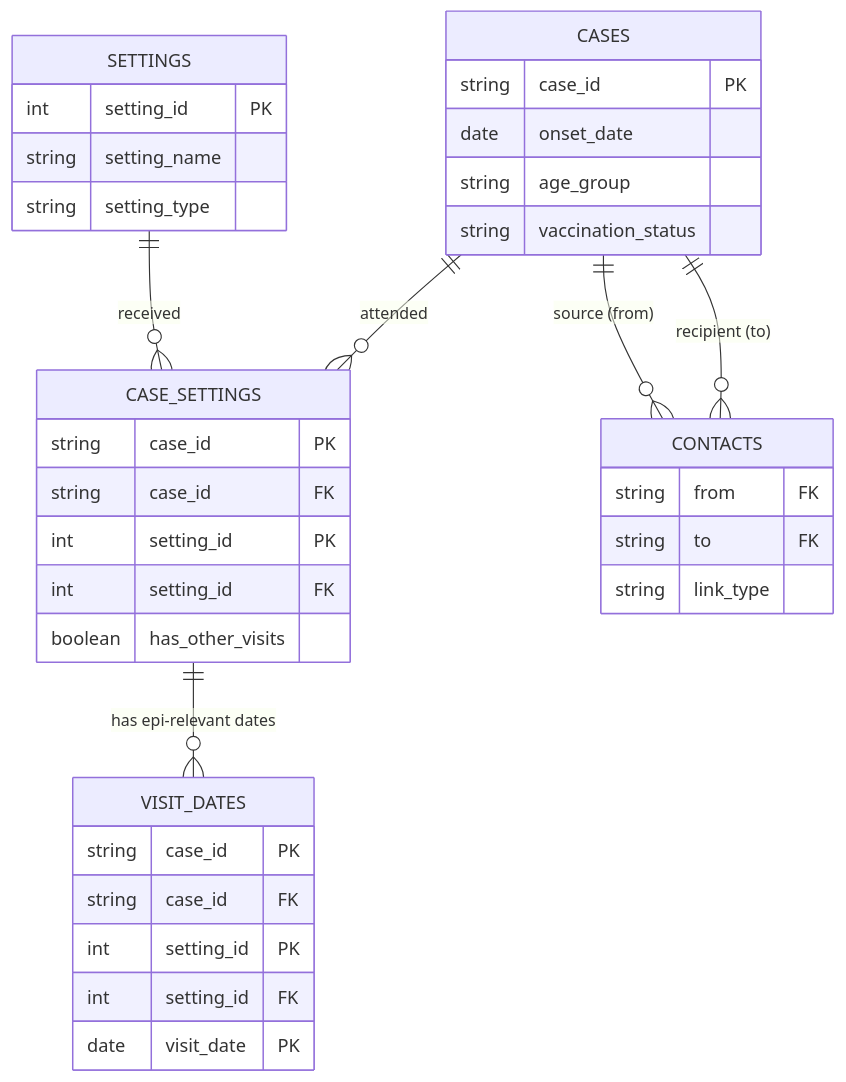
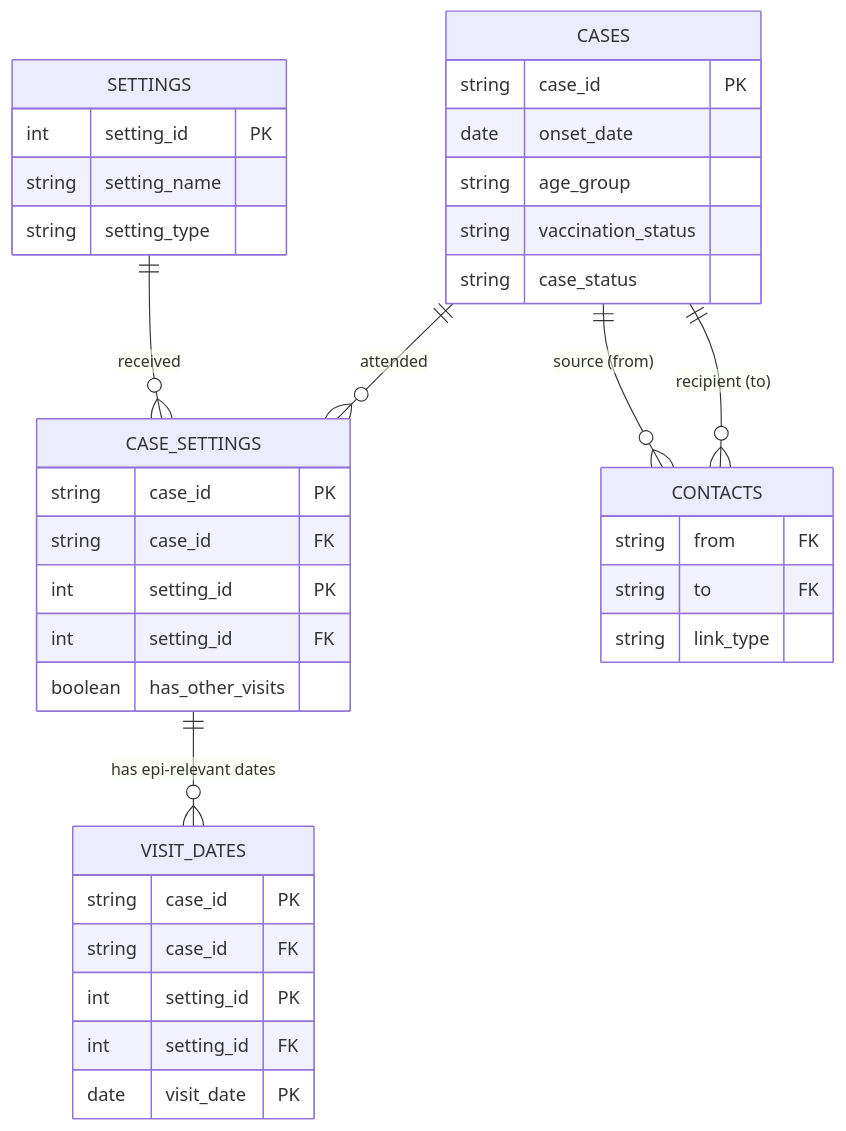
The diagram in docs/data-model.md (mgedmunds/network-diagram), drawn with Mermaid before and after one commit. The commit also changed other lines of this file and 1 other file, not shown here.

First line of the commit message:
Add case_status field to cases table

````diff
--- a/docs/data-model.md
+++ b/docs/data-model.md
@@ -80,44 +81,45 @@
 ```mermaid
 erDiagram
 
     CASES {
         string case_id PK
         date onset_date
         string age_group
         string vaccination_status
+        string case_status
     }
 
     SETTINGS {
         int setting_id PK
         string setting_name
         string setting_type
     }
 
     CASE_SETTINGS {
         string case_id PK
         string case_id FK
         int setting_id PK
         int setting_id FK
         boolean has_other_visits
     }
 
     VISIT_DATES {
         string case_id PK
         string case_id FK
         int setting_id PK
         int setting_id FK
         date visit_date PK
     }
 
     CONTACTS {
         string from FK
         string to FK
         string link_type
     }
 
     CASES ||--o{ CASE_SETTINGS : "attended"
     SETTINGS ||--o{ CASE_SETTINGS : "received"
     CASE_SETTINGS ||--o{ VISIT_DATES : "has epi-relevant dates"
     CASES ||--o{ CONTACTS : "source (from)"
     CASES ||--o{ CONTACTS : "recipient (to)"
 ```
````
